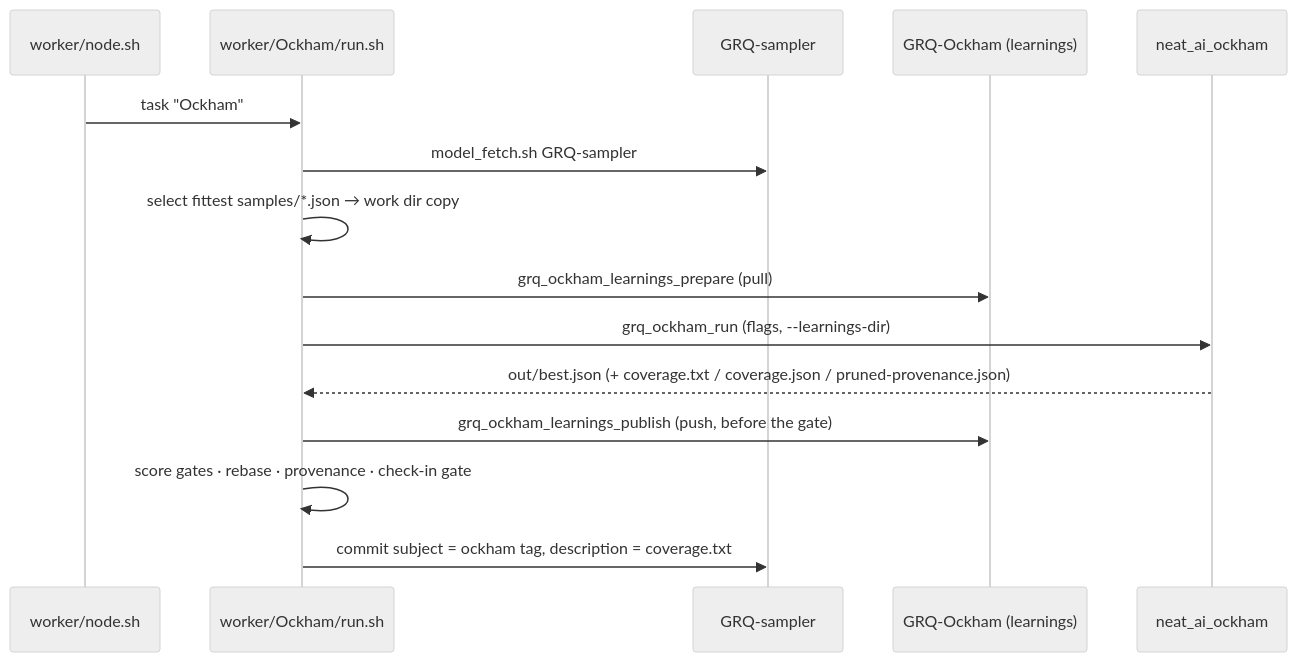
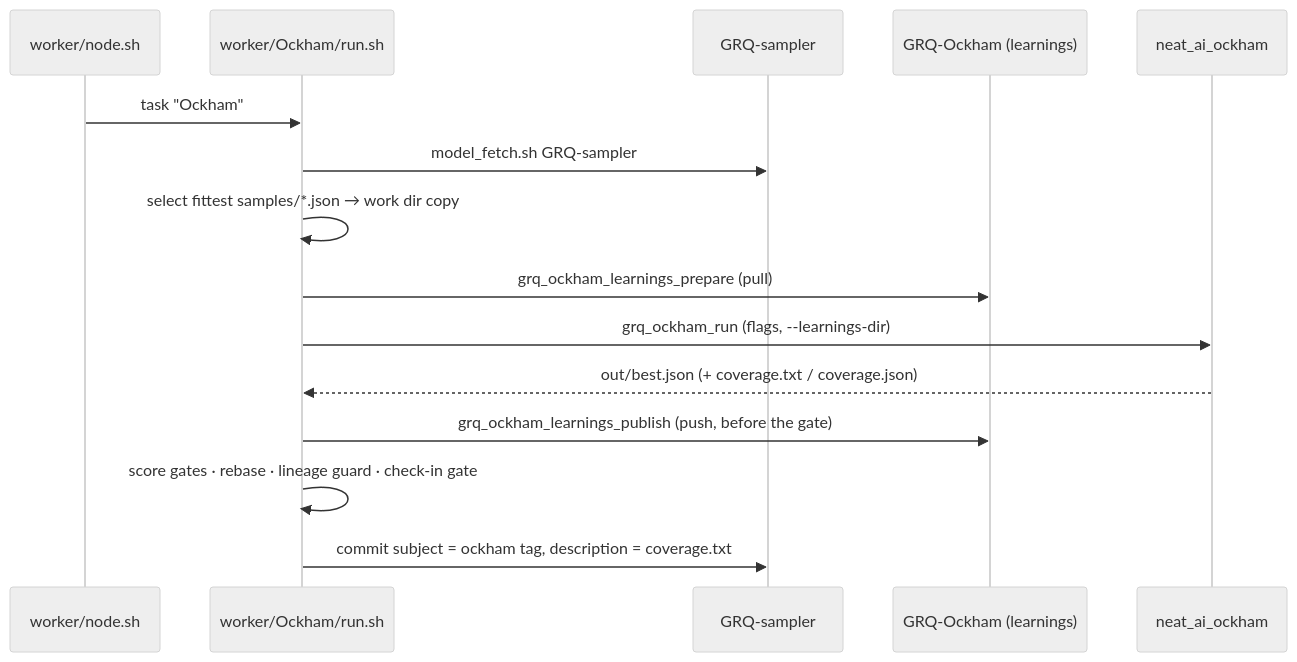
Before and after one commit to stSoftwareAU/NEAT-AI-Ockham: the first of 3 diagrams in docs/grq-integration.md, drawn with Mermaid (neutral theme). The commit also changed other lines of this file and 12 other files, not shown here.

````diff
--- a/docs/grq-integration.md
+++ b/docs/grq-integration.md
@@ -24,18 +25,18 @@
 ```mermaid
 sequenceDiagram
     participant N as worker/node.sh
     participant R as worker/Ockham/run.sh
     participant S as GRQ-sampler
     participant L as GRQ-Ockham (learnings)
     participant O as neat_ai_ockham
 
     N->>R: task "Ockham"
     R->>S: model_fetch.sh GRQ-sampler
     R->>R: select fittest samples/*.json → work dir copy
     R->>L: grq_ockham_learnings_prepare (pull)
     R->>O: grq_ockham_run (flags, --learnings-dir)
-    O-->>R: out/best.json (+ coverage.txt / coverage.json / pruned-provenance.json)
+    O-->>R: out/best.json (+ coverage.txt / coverage.json)
     R->>L: grq_ockham_learnings_publish (push, before the gate)
-    R->>R: score gates · rebase · provenance · check-in gate
+    R->>R: score gates · rebase · lineage guard · check-in gate
     R->>S: commit subject = ockham tag, description = coverage.txt
 ```
````
